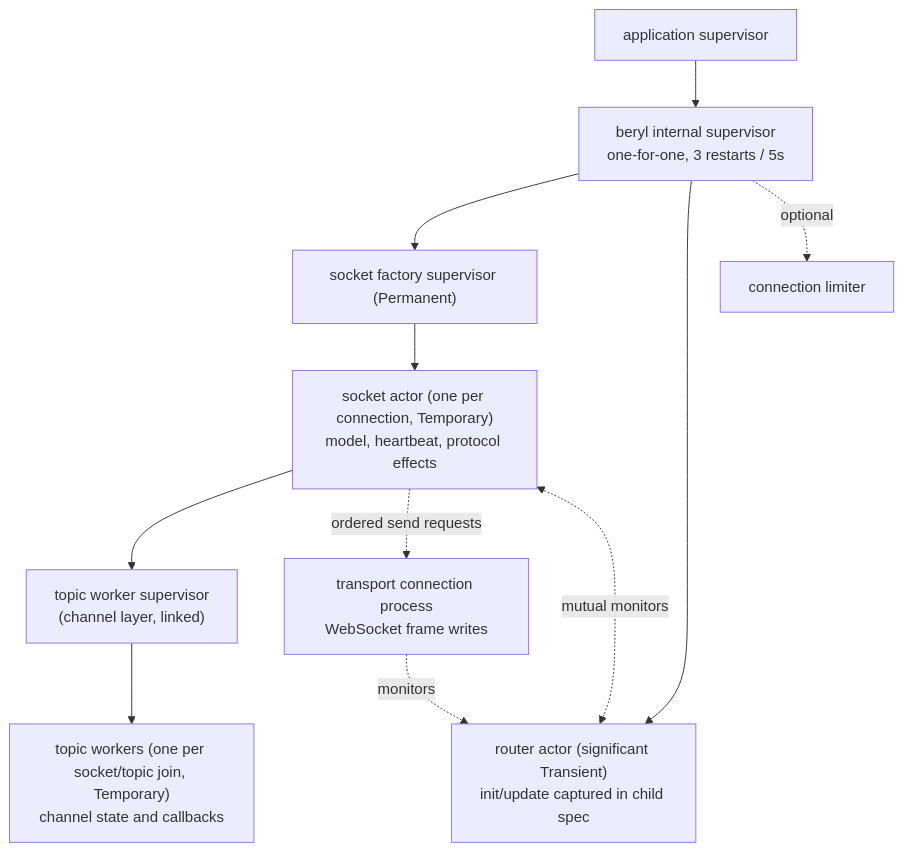
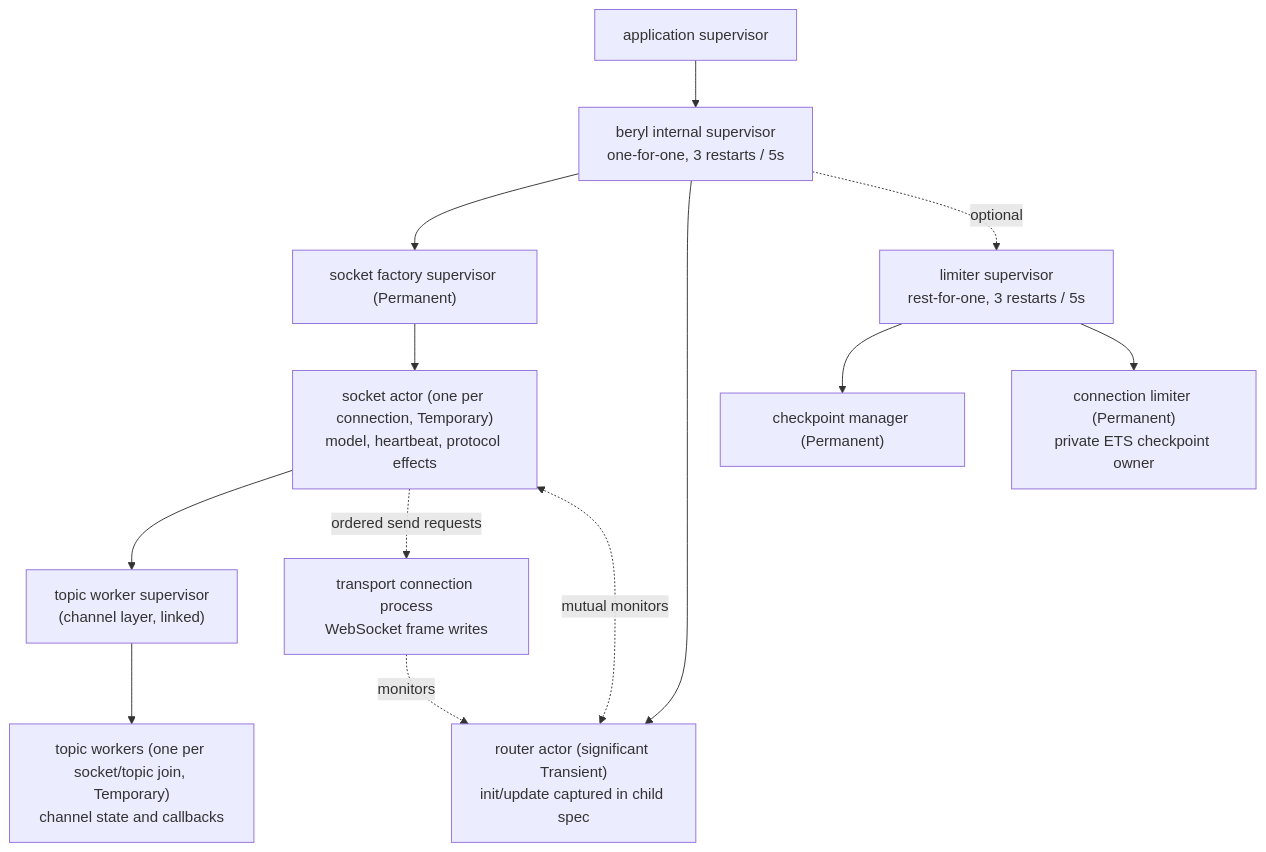
One commit to tylerbutler/beryl changed the diagram in website/src/content/docs/architecture/runtime.md. Above: the diagram before and after it, drawn with Mermaid. The commit also changed other lines of this file and 14 other files, not shown here.

First line of the commit message:
fix(limiter): supervise checkpoint ownership (#716)

````diff
--- a/website/src/content/docs/architecture/runtime.md
+++ b/website/src/content/docs/architecture/runtime.md
@@ -184,14 +184,16 @@
 ```mermaid
 flowchart TB
   APP["application supervisor"]
   APP --> SUP["beryl internal supervisor<br/>one-for-one, 3 restarts / 5s"]
   SUP --> FACTORY["socket factory supervisor (Permanent)"]
   FACTORY --> SA1["socket actor (one per connection, Temporary)<br/>model, heartbeat, protocol effects"]
   SUP --> RT["router actor (significant Transient)<br/>init/update captured in child spec"]
-  SUP -. optional .-> LIMITER["connection limiter"]
+  SUP -. optional .-> LS["limiter supervisor<br/>rest-for-one, 3 restarts / 5s"]
+  LS --> CM["checkpoint manager (Permanent)"]
+  LS --> LIMITER["connection limiter (Permanent)<br/>private ETS checkpoint owner"]
   RT <-. "mutual monitors" .-> SA1
   SA1 --> WS["topic worker supervisor<br/>(channel layer, linked)"]
   WS --> W["topic workers (one per socket/topic join, Temporary)<br/>channel state and callbacks"]
   SA1 -. "ordered send requests" .-> TRANSPORT["transport connection process<br/>WebSocket frame writes"]
   TRANSPORT -. "monitors" .-> RT
 ```
````
